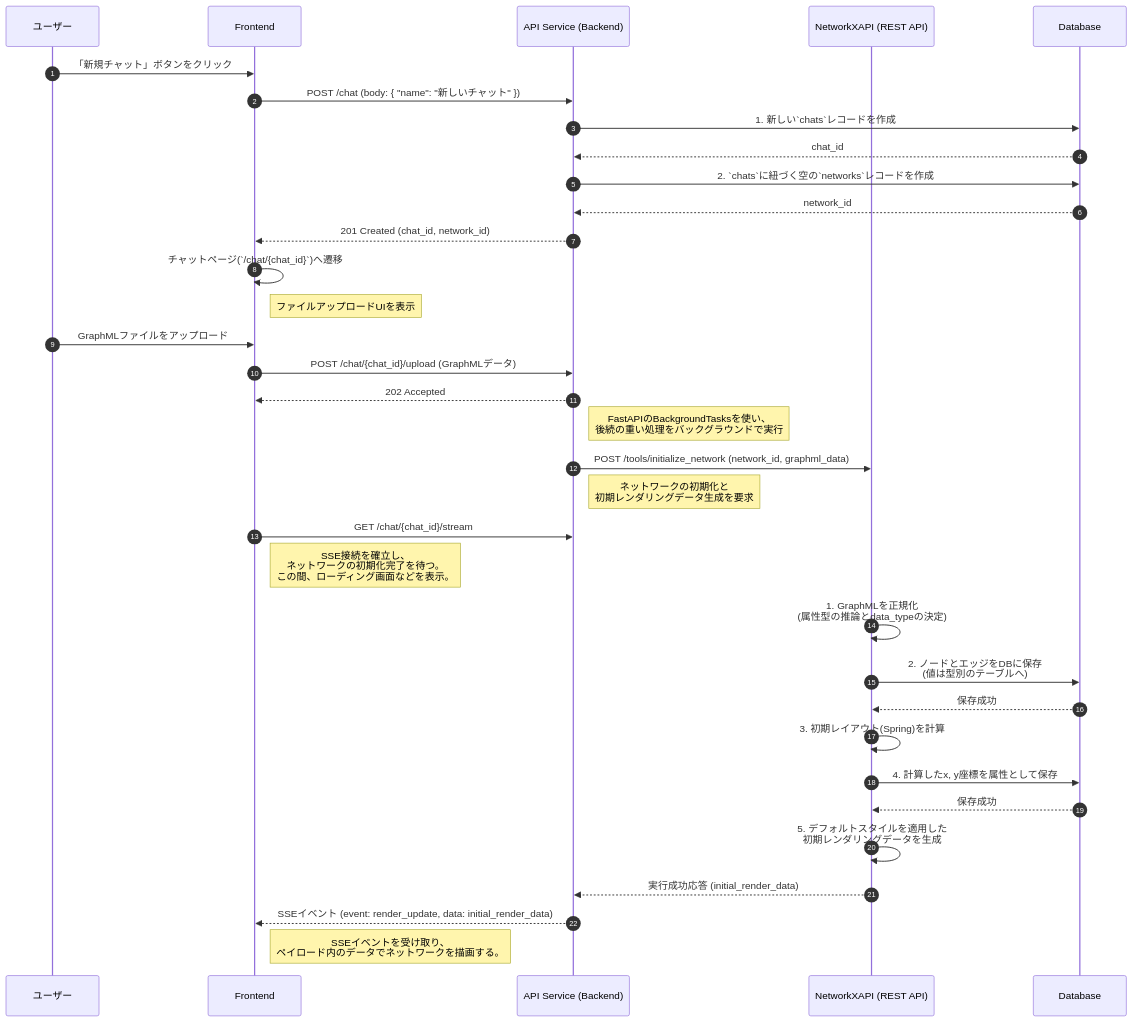
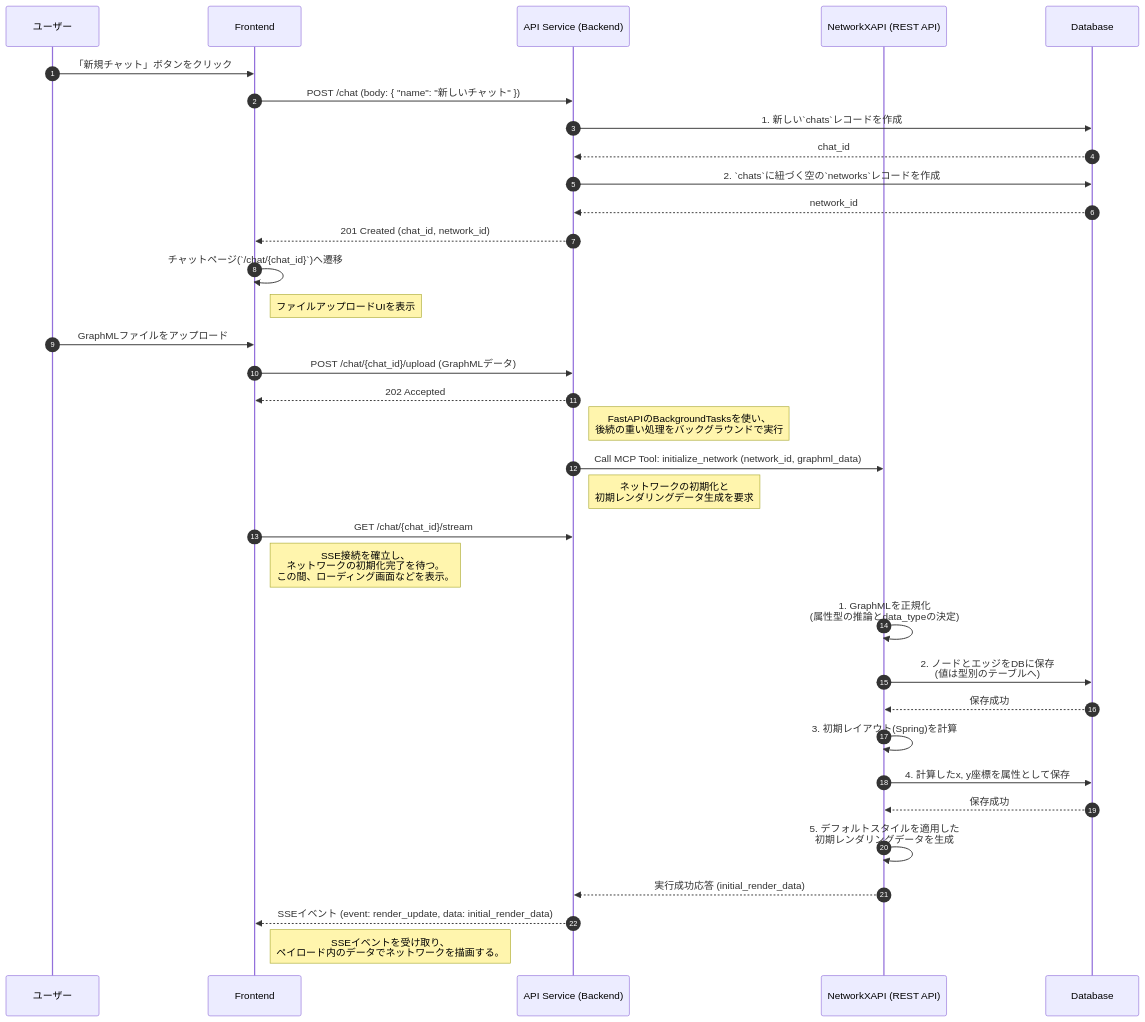
The first of 9 diagrams in specification/2_Technical_Details/6_Core_Workflows.md (vdslab/LLMGraphvis), drawn with Mermaid before and after one commit. The commit also changed other lines of this file and 19 other files, not shown here.

Commit message:
refactor: Reimplement LLM tool and network service communication using a new MCP client/server with SSE, removing old tool implementations.

````diff
--- a/specification/2_Technical_Details/6_Core_Workflows.md
+++ b/specification/2_Technical_Details/6_Core_Workflows.md
@@ -22,48 +22,48 @@
 ```mermaid
 sequenceDiagram
     autonumber
     participant U as ユーザー
     participant F as Frontend
     participant B as API Service (Backend)
     participant N as NetworkXAPI (REST API)
     participant DB as Database
 
     %% Step 1: User creates a new chat
     U->>F: 「新規チャット」ボタンをクリック
     F->>B: POST /chat (body: { "name": "新しいチャット" })
     B->>DB: 1. 新しい`chats`レコードを作成
     DB-->>B: chat_id
     B->>DB: 2. `chats`に紐づく空の`networks`レコードを作成
     DB-->>B: network_id
     B-->>F: 201 Created (chat_id, network_id)
 
     %% Step 2: Frontend navigates and user uploads a file
     F->>F: チャットページ(`/chat/{chat_id}`)へ遷移
     note right of F: ファイルアップロードUIを表示
     U->>F: GraphMLファイルをアップロード
     F->>B: POST /chat/{chat_id}/upload (GraphMLデータ)
 
     %% Step 3: Backend accepts the request and starts background task
     B-->>F: 202 Accepted
     note right of B: FastAPIのBackgroundTasksを使い、<br/>後続の重い処理をバックグラウンドで実行
-    B->>N: POST /tools/initialize_network (network_id, graphml_data)
+    B->>N: Call MCP Tool: initialize_network (network_id, graphml_data)
     note right of B: ネットワークの初期化と<br/>初期レンダリングデータ生成を要求
 
     %% Step 4: Frontend waits for SSE event
     F->>B: GET /chat/{chat_id}/stream
     note right of F: SSE接続を確立し、<br/>ネットワークの初期化完了を待つ。<br/>この間、ローディング画面などを表示。
 
     %% Step 5: Background processing in NetworkXAPI
     N->>N: 1. GraphMLを正規化<br/>(属性型の推論とdata_typeの決定)
     N->>DB: 2. ノードとエッジをDBに保存<br/>(値は型別のテーブルへ)
     DB-->>N: 保存成功
     N->>N: 3. 初期レイアウト(Spring)を計算
     N->>DB: 4. 計算したx, y座標を属性として保存
     DB-->>N: 保存成功
     N->>N: 5. デフォルトスタイルを適用した<br/>初期レンダリングデータを生成
     N-->>B: 実行成功応答 (initial_render_data)
 
     %% Step 6: Backend forwards the initial data via SSE
     B-->>F: SSEイベント (event: render_update, data: initial_render_data)
     note right of F: SSEイベントを受け取り、<br/>ペイロード内のデータでネットワークを描画する。
 ```
````
